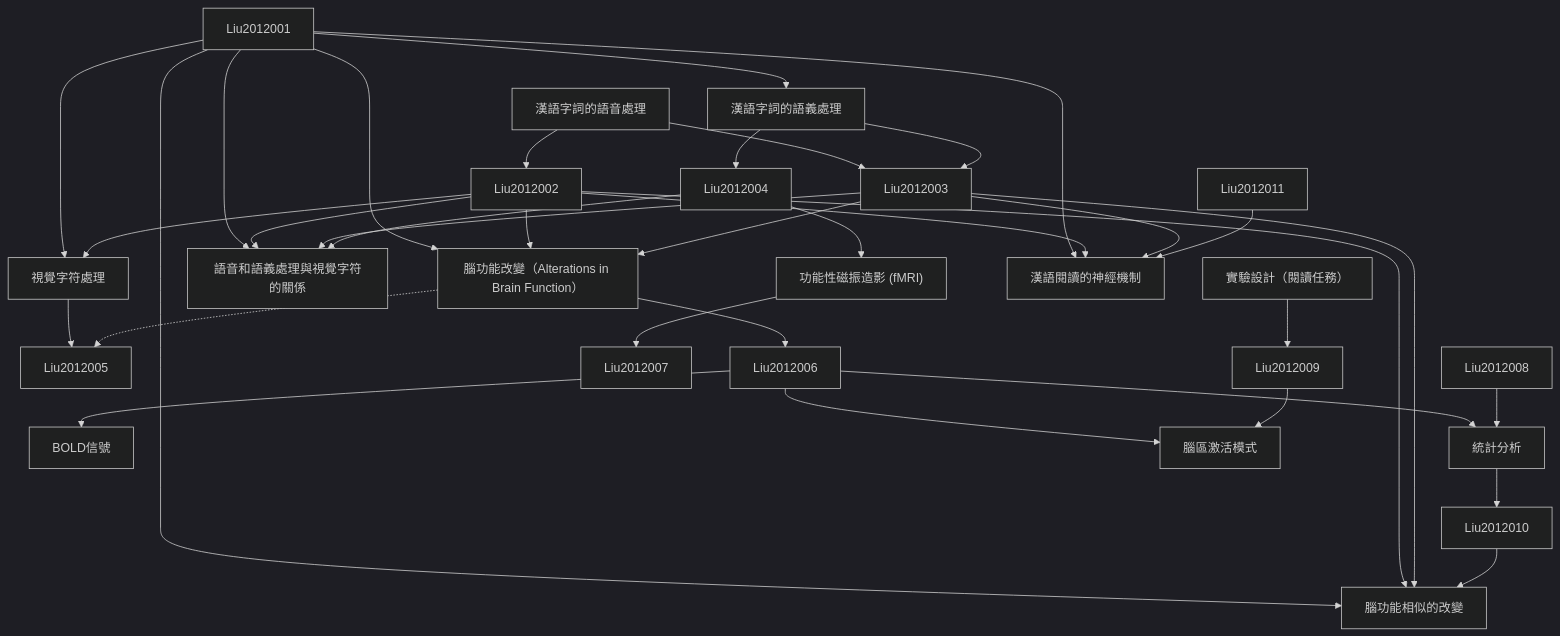
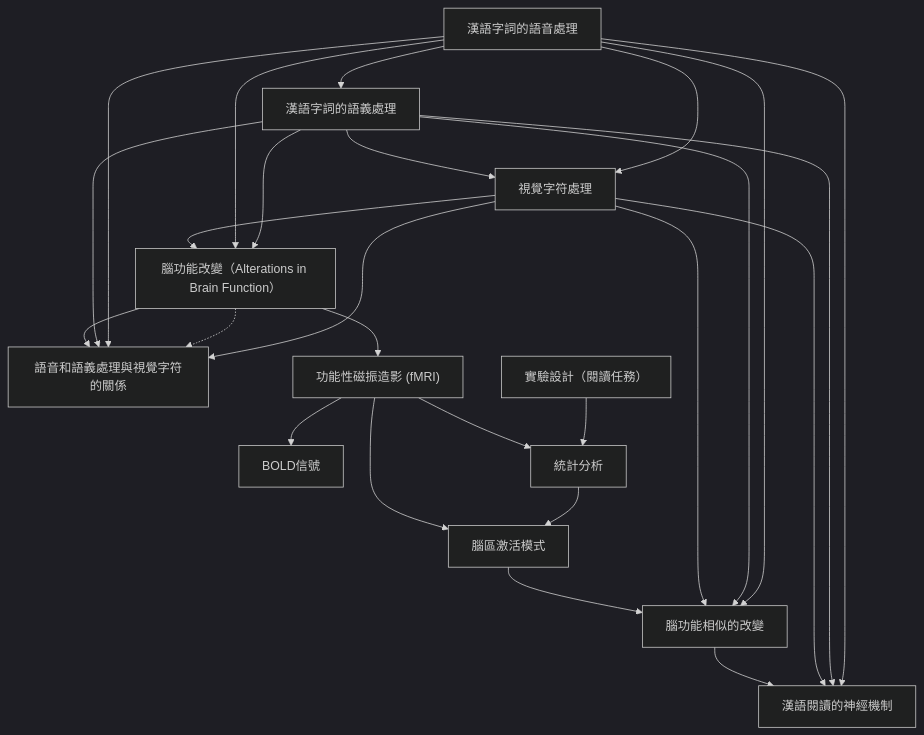
One commit to SCgeeker/Claude_Journal_Club_Agents changed the diagram in output/zettelkasten_notes/zettel_Liu-2012_20251104/zettel_index.md. Above: the diagram before and after it, drawn with Mermaid (dark theme). The commit also changed 776 other files, not shown here.

````diff
--- a/output/zettelkasten_notes/zettel_Liu-2012_20251104/zettel_index.md
+++ b/output/zettelkasten_notes/zettel_Liu-2012_20251104/zettel_index.md
@@ -116,72 +116,61 @@
 
     Liu-2012-012["漢語閱讀的神經機制"]
 
-    Liu-2012-001 --> Liu2012002
+    Liu-2012-001 --> Liu-2012-002
 
-    Liu-2012-001 --> Liu2012003
+    Liu-2012-001 --> Liu-2012-003
 
-    Liu2012001 --> Liu-2012-002
 
-    Liu-2012-002 --> Liu2012003
+    Liu-2012-002 --> Liu-2012-003
 
-    Liu-2012-002 --> Liu2012004
+    Liu-2012-002 --> Liu-2012-004
 
-    Liu2012001 --> Liu-2012-003
+    Liu-2012-003 --> Liu-2012-005
 
-    Liu2012002 --> Liu-2012-003
+    Liu-2012-001 --> Liu-2012-004
 
-    Liu-2012-003 --> Liu2012005
 
-    Liu2012001 --> Liu-2012-004
+    Liu-2012-003 --> Liu-2012-004
 
-    Liu2012002 --> Liu-2012-004
+    Liu-2012-004 --> Liu-2012-006
 
-    Liu2012003 --> Liu-2012-004
+    Liu-2012-004 -.-> Liu-2012-005
 
-    Liu-2012-004 --> Liu2012006
+    Liu-2012-001 --> Liu-2012-005
 
-    Liu-2012-004 -.-> Liu2012005
+    Liu-2012-002 --> Liu-2012-005
 
-    Liu2012001 --> Liu-2012-005
 
-    Liu2012002 --> Liu-2012-005
+    Liu-2012-004 --> Liu-2012-005
 
-    Liu2012003 --> Liu-2012-005
 
-    Liu2012004 --> Liu-2012-005
+    Liu-2012-006 --> Liu-2012-007
 
-    Liu2012004 --> Liu-2012-006
 
-    Liu-2012-006 --> Liu2012007
+    Liu-2012-008 --> Liu-2012-009
 
-    Liu2012006 --> Liu-2012-007
+    Liu-2012-006 --> Liu-2012-009
 
-    Liu-2012-008 --> Liu2012009
 
-    Liu2012006 --> Liu-2012-009
+    Liu-2012-009 --> Liu-2012-010
 
-    Liu2012008 --> Liu-2012-009
+    Liu-2012-006 --> Liu-2012-010
 
-    Liu-2012-009 --> Liu2012010
 
-    Liu2012006 --> Liu-2012-010
+    Liu-2012-001 --> Liu-2012-011
 
-    Liu2012009 --> Liu-2012-010
+    Liu-2012-002 --> Liu-2012-011
 
-    Liu2012001 --> Liu-2012-011
+    Liu-2012-003 --> Liu-2012-011
 
-    Liu2012002 --> Liu-2012-011
+    Liu-2012-010 --> Liu-2012-011
 
-    Liu2012003 --> Liu-2012-011
+    Liu-2012-001 --> Liu-2012-012
 
-    Liu2012010 --> Liu-2012-011
+    Liu-2012-002 --> Liu-2012-012
 
-    Liu2012001 --> Liu-2012-012
+    Liu-2012-003 --> Liu-2012-012
 
-    Liu2012002 --> Liu-2012-012
-
-    Liu2012003 --> Liu-2012-012
-
-    Liu2012011 --> Liu-2012-012
+    Liu-2012-011 --> Liu-2012-012
 
 ```
````
